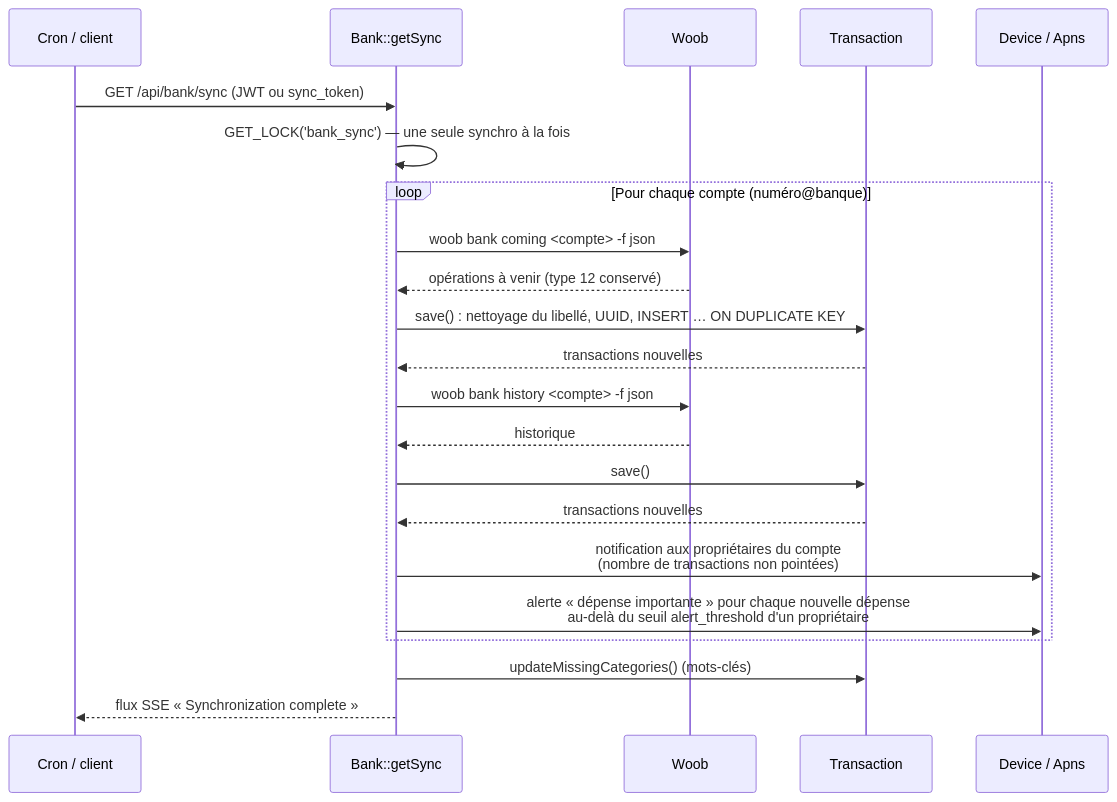
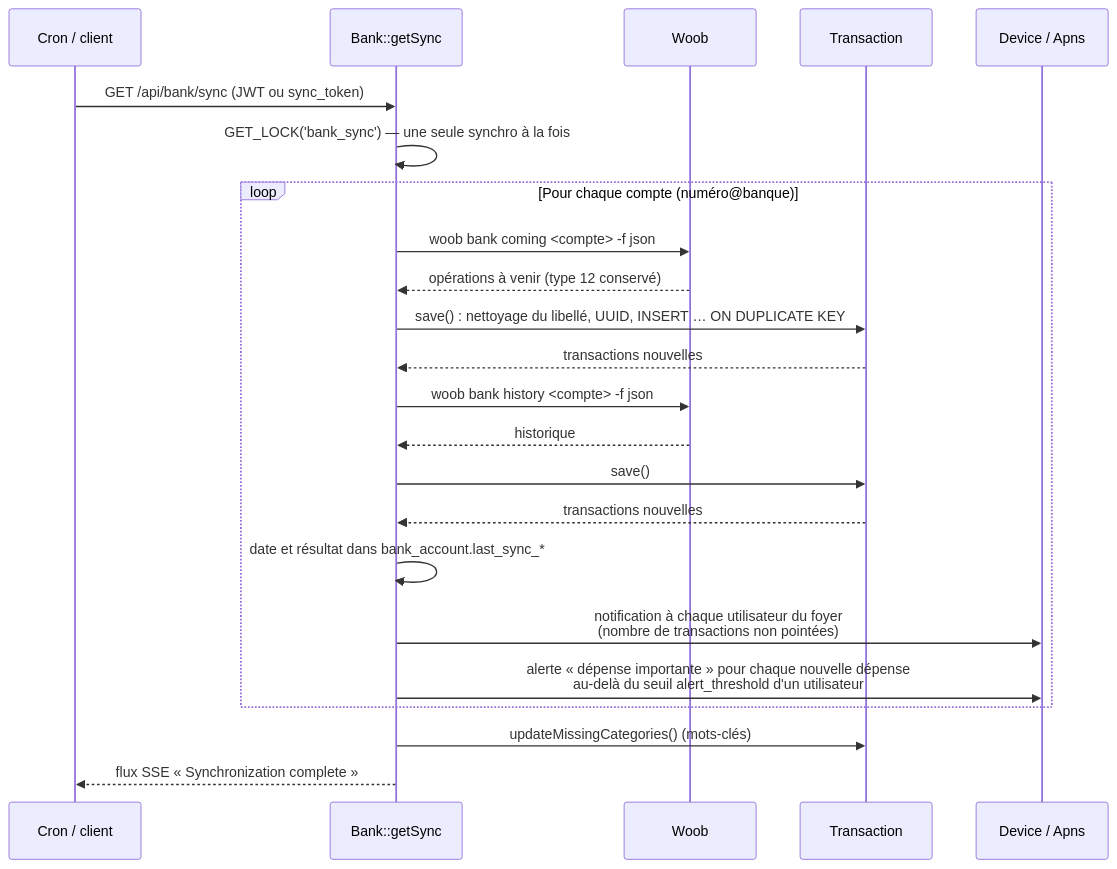
The third of 4 diagrams in docs/architecture.md (ltoinel/Carbure), drawn with Mermaid before and after one commit. The commit also changed other lines of this file and 14 other files, not shown here.

````diff
--- a/docs/architecture.md
+++ b/docs/architecture.md
@@ -58,24 +64,25 @@
 ```mermaid
 sequenceDiagram
     participant P as Cron / client
     participant B as Bank::getSync
     participant W as Woob
     participant T as Transaction
     participant D as Device / Apns
     P->>B: GET /api/bank/sync (JWT ou sync_token)
     B->>B: GET_LOCK('bank_sync') — une seule synchro à la fois
     loop Pour chaque compte (numéro@banque)
         B->>W: woob bank coming <compte> -f json
         W-->>B: opérations à venir (type 12 conservé)
         B->>T: save() : nettoyage du libellé, UUID, INSERT … ON DUPLICATE KEY
         T-->>B: transactions nouvelles
         B->>W: woob bank history <compte> -f json
         W-->>B: historique
         B->>T: save()
         T-->>B: transactions nouvelles
-        B->>D: notification aux propriétaires du compte<br/>(nombre de transactions non pointées)
-        B->>D: alerte « dépense importante » pour chaque nouvelle dépense<br/>au-delà du seuil alert_threshold d'un propriétaire
+        B->>B: date et résultat dans bank_account.last_sync_*
+        B->>D: notification à chaque utilisateur du foyer<br/>(nombre de transactions non pointées)
+        B->>D: alerte « dépense importante » pour chaque nouvelle dépense<br/>au-delà du seuil alert_threshold d'un utilisateur
     end
     B->>T: updateMissingCategories() (mots-clés)
     B-->>P: flux SSE « Synchronization complete »
 ```
````
